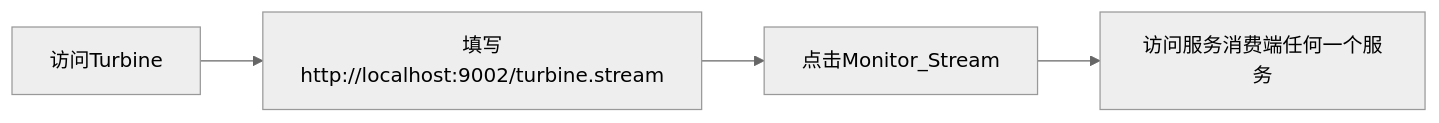
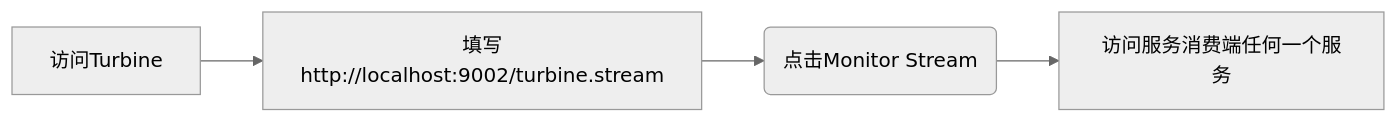
One commit to lingwh1995/books changed diagram 14 of 54 in backend/springcloud/springcloud-eureka/springcloud-eureka.md. Above: the diagram before and after it, drawn with Mermaid (neutral theme). The commit also changed other lines of this file, not shown here.

````diff
--- a/backend/springcloud/springcloud-eureka/springcloud-eureka.md
+++ b/backend/springcloud/springcloud-eureka/springcloud-eureka.md
@@ -1463,6 +1463,6 @@
 ```mermaid
 flowchart LR
     访问Turbine-->填写http://localhost:9002/turbine.stream
-    填写http://localhost:9002/turbine.stream-->点击Monitor_Stream
-    点击Monitor_Stream-->访问服务消费端任何一个服务
+    填写http://localhost:9002/turbine.stream-->A("点击Monitor Stream")
+    A("点击Monitor Stream")-->访问服务消费端任何一个服务
 ```
````
